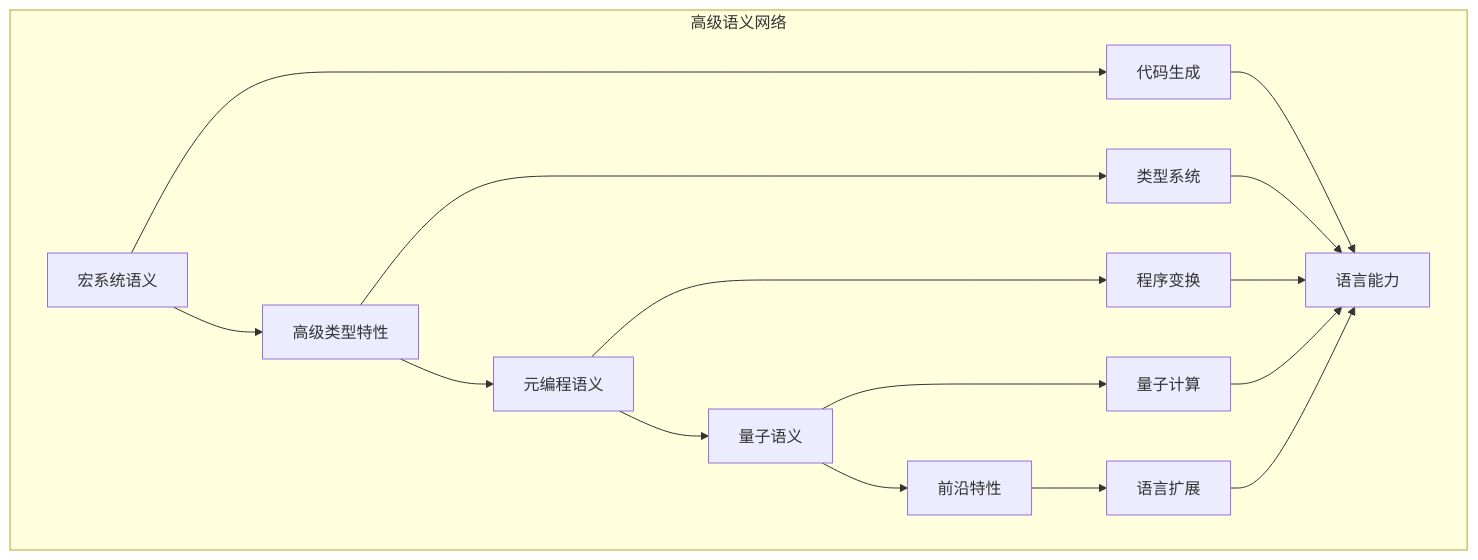
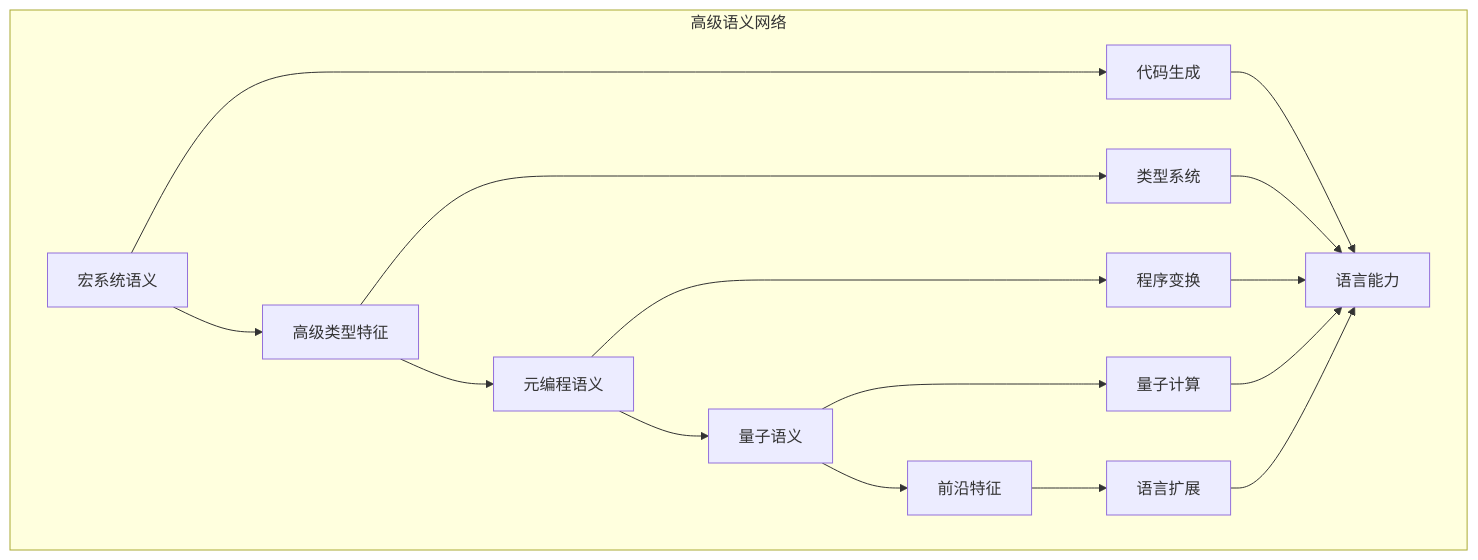
The diagram in formal_rust/refactor/01_core_theory/04_advanced_semantics/00_index.md (martin-ly/rust-lang), drawn with Mermaid before and after one commit. The commit also changed other lines of this file and 5740 other files, not shown here.

````diff
--- a/formal_rust/refactor/01_core_theory/04_advanced_semantics/00_index.md
+++ b/formal_rust/refactor/01_core_theory/04_advanced_semantics/00_index.md
@@ -96,21 +96,21 @@
 ```mermaid
 graph TB
     subgraph "高级语义网络"
-        A[宏系统语义] --> B[高级类型特性]
+        A[宏系统语义] --> B[高级类型特征]
         B --> C[元编程语义]
         C --> D[量子语义]
-        D --> E[前沿特性]
+        D --> E[前沿特征]
         
         A --> F[代码生成]
         B --> G[类型系统]
         C --> H[程序变换]
         D --> I[量子计算]
         E --> J[语言扩展]
         
         F --> K[语言能力]
         G --> K
         H --> K
         I --> K
         J --> K
     end
 ```
````
